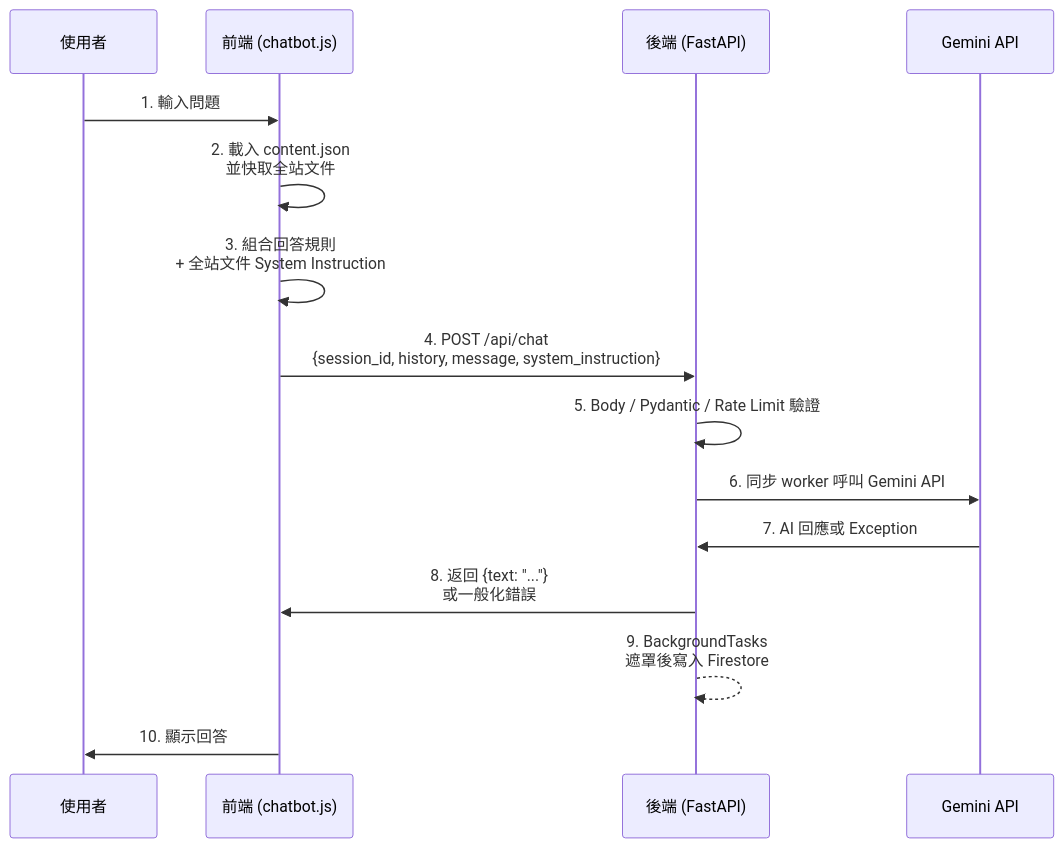
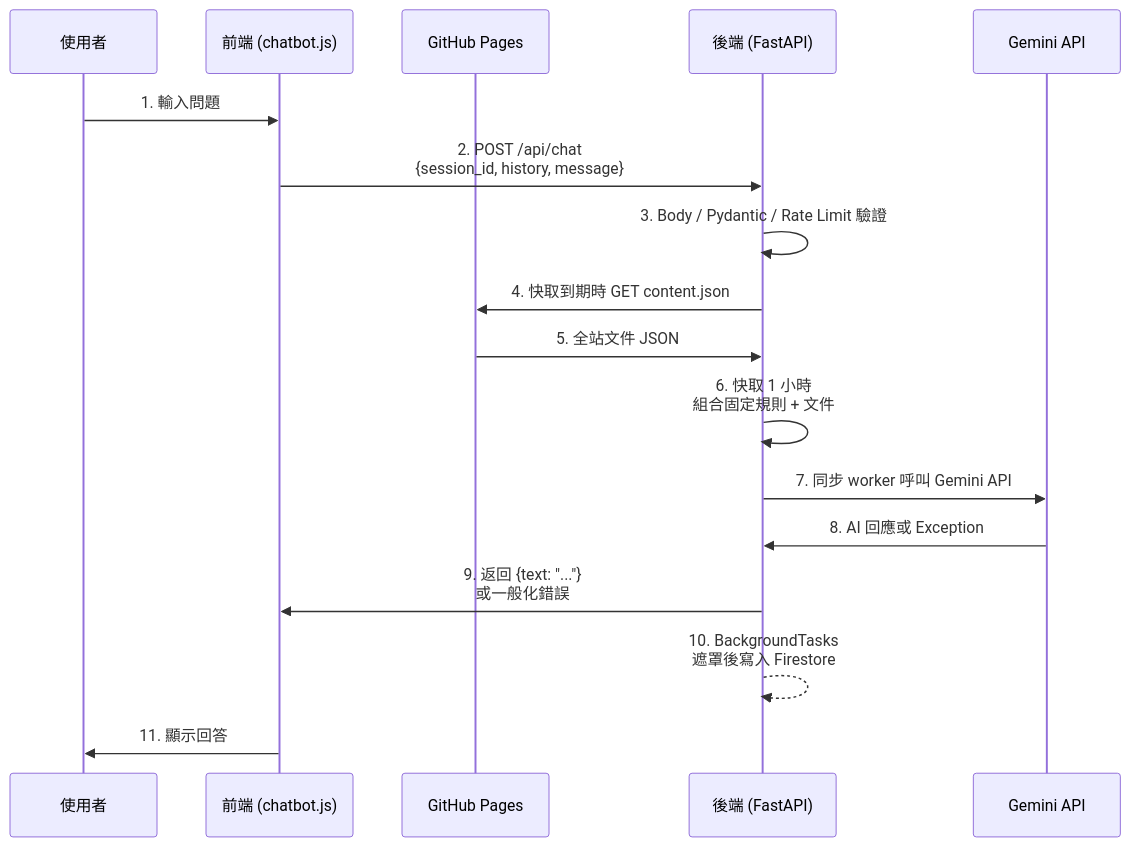
One commit to CaoCharles/dcka-class-notes changed the first of 2 diagrams in backend/README.md. Above: the diagram before and after it, drawn with Mermaid. The commit also changed other lines of this file and 23 other files, not shown here.

````diff
--- a/backend/README.md
+++ b/backend/README.md
@@ -259,18 +264,20 @@
 ```mermaid
 sequenceDiagram
     participant U as 使用者
     participant F as 前端 (chatbot.js)
+    participant P as GitHub Pages
     participant B as 後端 (FastAPI)
     participant G as Gemini API
 
     U->>F: 1. 輸入問題
-    F->>F: 2. 載入 content.json<br/>並快取全站文件
-    F->>F: 3. 組合回答規則<br/>+ 全站文件 System Instruction
-    F->>B: 4. POST /api/chat<br/>{session_id, history, message, system_instruction}
-    B->>B: 5. Body / Pydantic / Rate Limit 驗證
-    B->>G: 6. 同步 worker 呼叫 Gemini API
-    G->>B: 7. AI 回應或 Exception
-    B->>F: 8. 返回 {text: "..."}<br/>或一般化錯誤
-    B-->>B: 9. BackgroundTasks<br/>遮罩後寫入 Firestore
-    F->>U: 10. 顯示回答
+    F->>B: 2. POST /api/chat<br/>{session_id, history, message}
+    B->>B: 3. Body / Pydantic / Rate Limit 驗證
+    B->>P: 4. 快取到期時 GET content.json
+    P->>B: 5. 全站文件 JSON
+    B->>B: 6. 快取 1 小時<br/>組合固定規則 + 文件
+    B->>G: 7. 同步 worker 呼叫 Gemini API
+    G->>B: 8. AI 回應或 Exception
+    B->>F: 9. 返回 {text: "..."}<br/>或一般化錯誤
+    B-->>B: 10. BackgroundTasks<br/>遮罩後寫入 Firestore
+    F->>U: 11. 顯示回答
 ```
````
